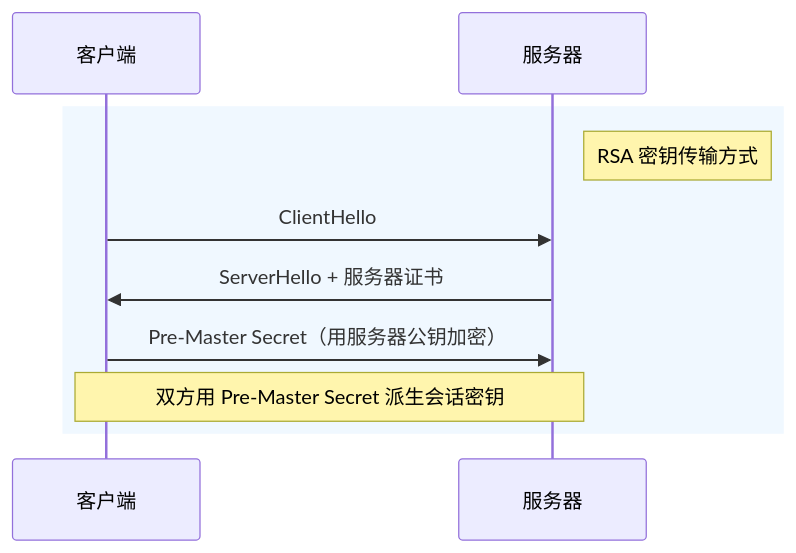
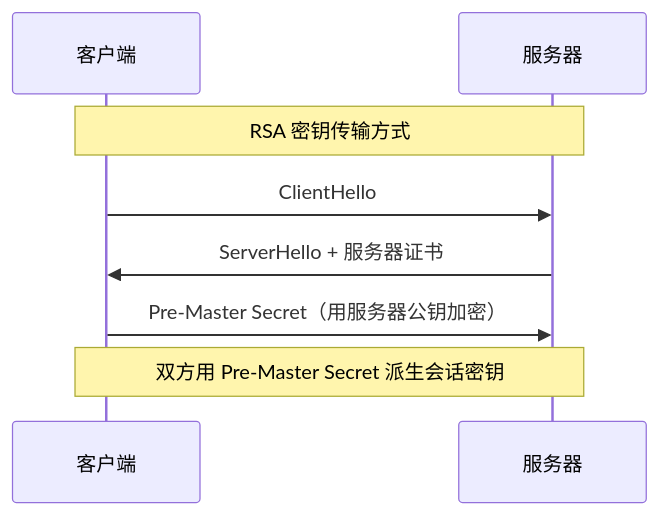
The third of 4 diagrams in docs/topic/cryptography/key-exchange/index.md (luguosong/programming-notes), drawn with Mermaid before and after one commit. The commit also changed other lines of this file and 2 other files, not shown here.

````diff
--- a/docs/topic/cryptography/key-exchange/index.md
+++ b/docs/topic/cryptography/key-exchange/index.md
@@ -243,13 +243,11 @@
 ```mermaid
 sequenceDiagram
     participant C as 客户端
     participant S as 服务器
 
-    rect rgb(240,248,255)
-    Note right of S: RSA 密钥传输方式
+    Note over C,S: RSA 密钥传输方式
     C->>S: ClientHello
     S->>C: ServerHello + 服务器证书
     C->>S: Pre-Master Secret（用服务器公钥加密）
     Note over C,S: 双方用 Pre-Master Secret 派生会话密钥
-    end
 ```
````
